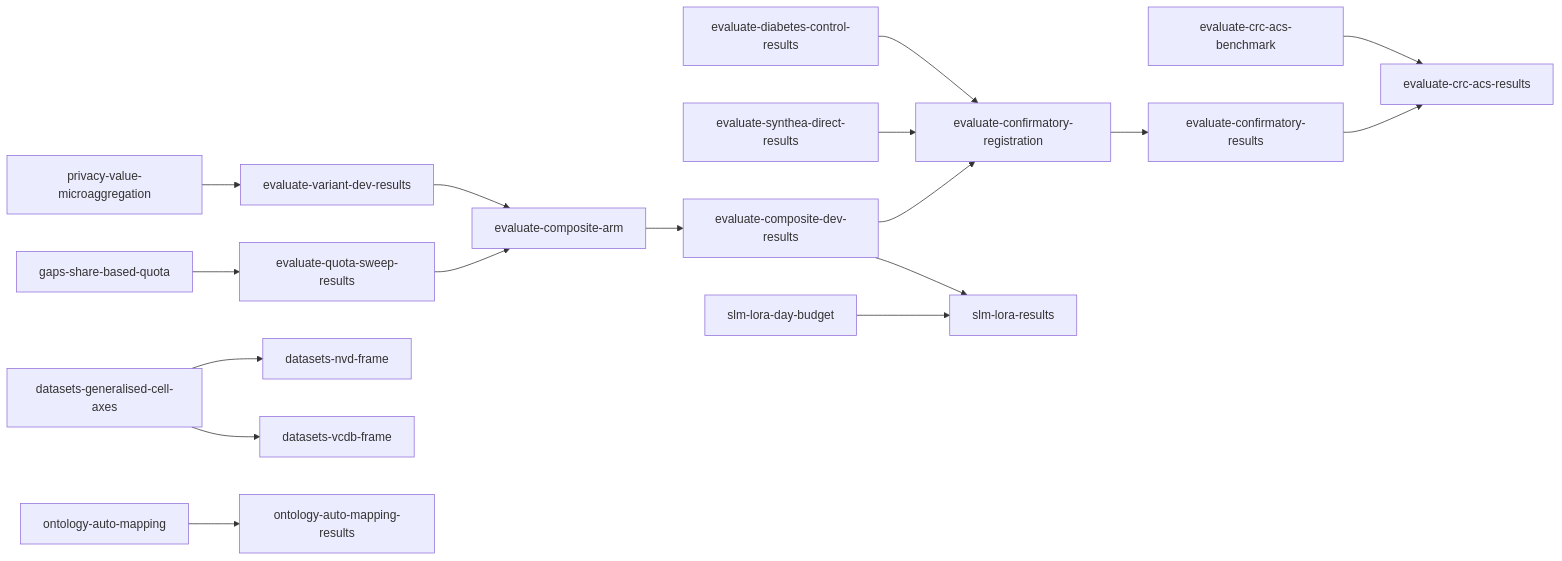
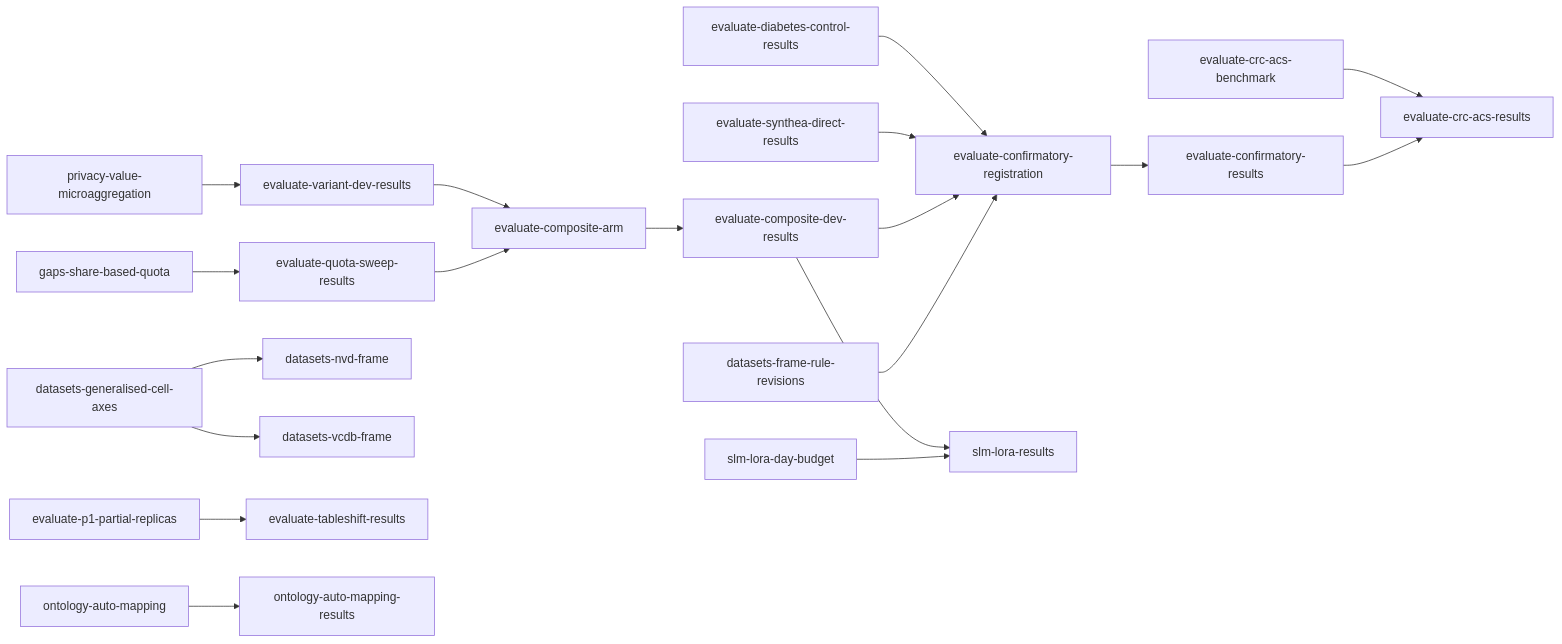
One commit to joe-dartmouth/synthetic changed the diagram in tasks/direct-index.md. Above: the diagram before and after it, drawn with Mermaid. The commit also changed other lines of this file and 9 other files, not shown here.

First line of the commit message:
File the frame-rule and P1 partial-replica decisions (#142)

````diff
--- a/tasks/direct-index.md
+++ b/tasks/direct-index.md
@@ -63,19 +65,21 @@
 ```mermaid
 flowchart LR
     u16[privacy-value-microaggregation] --> u19[evaluate-variant-dev-results]
     u20[gaps-share-based-quota] --> u21[evaluate-quota-sweep-results]
     u50[datasets-generalised-cell-axes] --> u52[datasets-nvd-frame]
     u50 --> u53[datasets-vcdb-frame]
     u19 --> u28[evaluate-composite-arm]
     u21 --> u28
     u28 --> u29[evaluate-composite-dev-results]
     u7[evaluate-diabetes-control-results] --> u30[evaluate-confirmatory-registration]
     u8[evaluate-synthea-direct-results] --> u30
     u29 --> u30
+    u56[datasets-frame-rule-revisions] --> u30
     u30 --> u31[evaluate-confirmatory-results]
+    u54[evaluate-p1-partial-replicas] --> u55[evaluate-tableshift-results]
     u41[evaluate-crc-acs-benchmark] --> u42[evaluate-crc-acs-results]
     u31 --> u42
     u32[ontology-auto-mapping] --> u33[ontology-auto-mapping-results]
     u29 --> u36[slm-lora-results]
     u51[slm-lora-day-budget] --> u36
 ```
````
